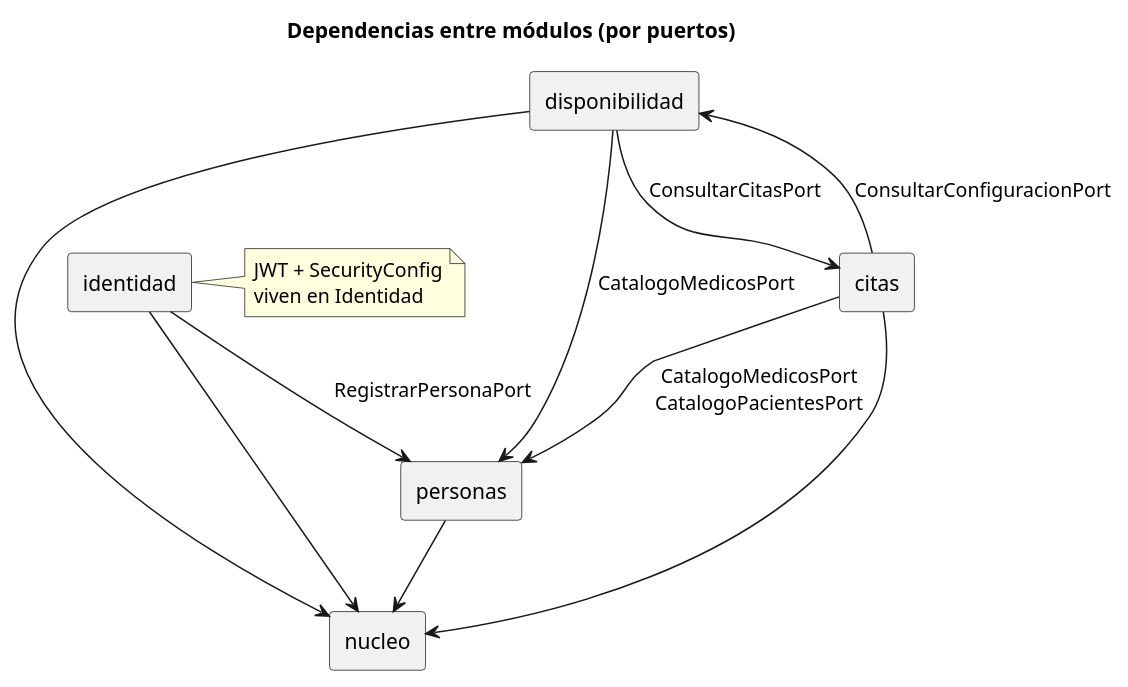
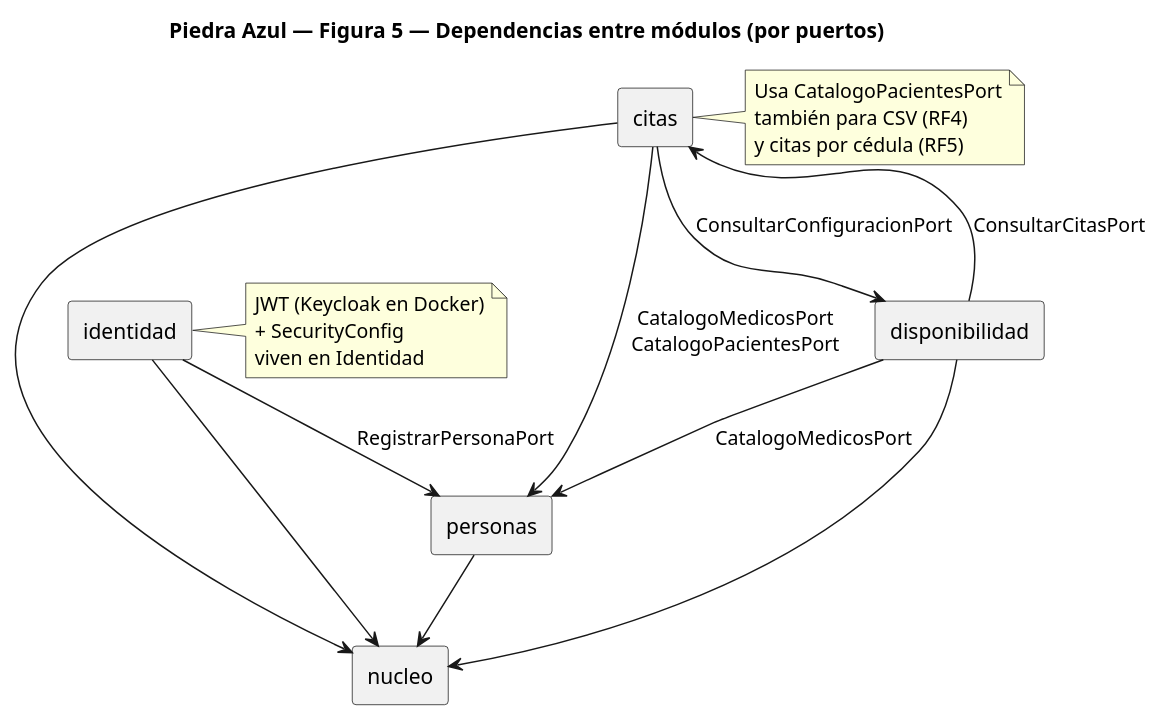
One commit to jaimecharfuelan-pixel/Piedra-Azul changed the diagram in diagramas-sad/05-modulos-dependencias.puml. Above: the diagram before and after it, drawn with PlantUML. The commit also changed 8 other files, not shown here.

Commit message:
Diagramas SAD actualizados y añadidos

```diff
--- a/diagramas-sad/05-modulos-dependencias.puml
+++ b/diagramas-sad/05-modulos-dependencias.puml
@@ -1,29 +1,36 @@
 @startuml 00_dependencias_modulos
-title Dependencias entre módulos (por puertos)
+title Piedra Azul — Figura 5 — Dependencias entre módulos (por puertos)
 skinparam backgroundColor white
 skinparam shadowing false
 skinparam componentStyle rectangle
 
 component "nucleo" as N
 component "identidad" as I
 component "personas" as P
 component "disponibilidad" as D
 component "citas" as C
 
 I --> N
 P --> N
 D --> N
 C --> N
 
 I --> P : RegistrarPersonaPort
 D --> P : CatalogoMedicosPort
 C --> P : CatalogoMedicosPort\nCatalogoPacientesPort
 C --> D : ConsultarConfiguracionPort
 D --> C : ConsultarCitasPort
 
 note right of I
-  JWT + SecurityConfig
+  JWT (Keycloak en Docker)
+  + SecurityConfig
   viven en Identidad
 end note
 
+note right of C
+  Usa CatalogoPacientesPort
+  también para CSV (RF4)
+  y citas por cédula (RF5)
+end note
+
 @enduml
```
